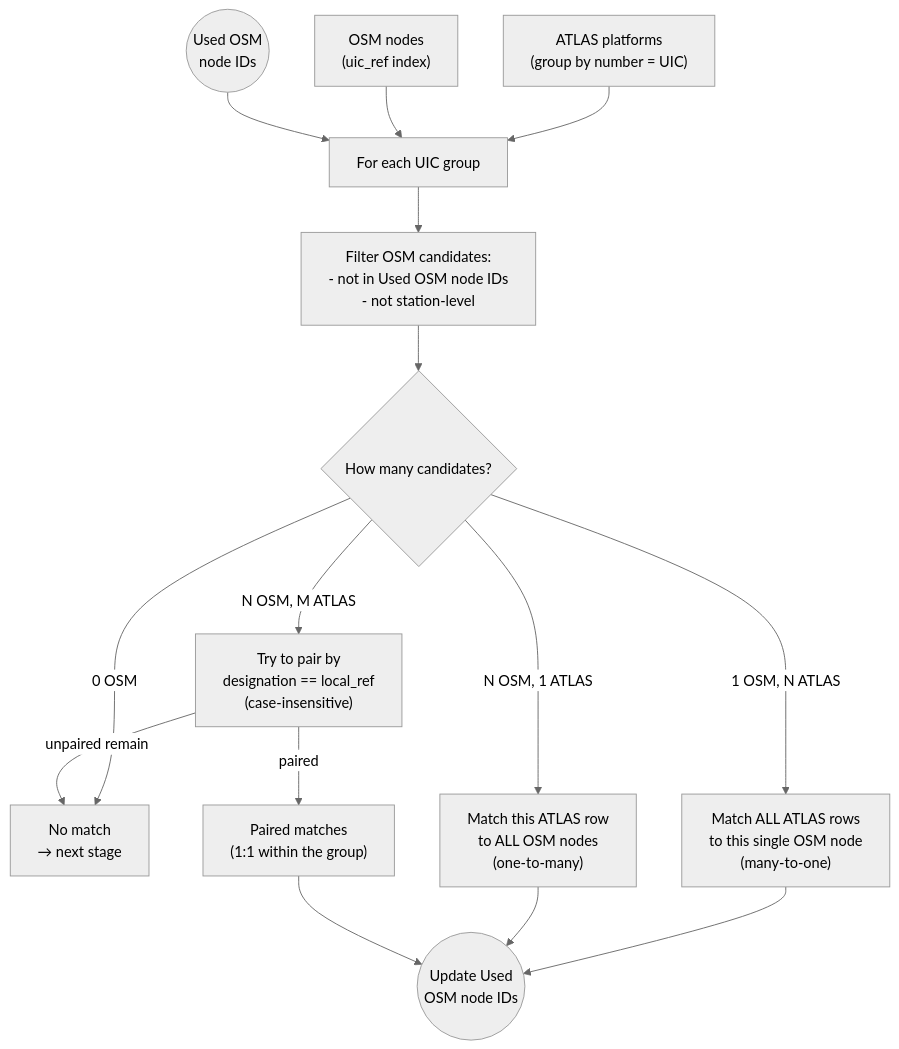
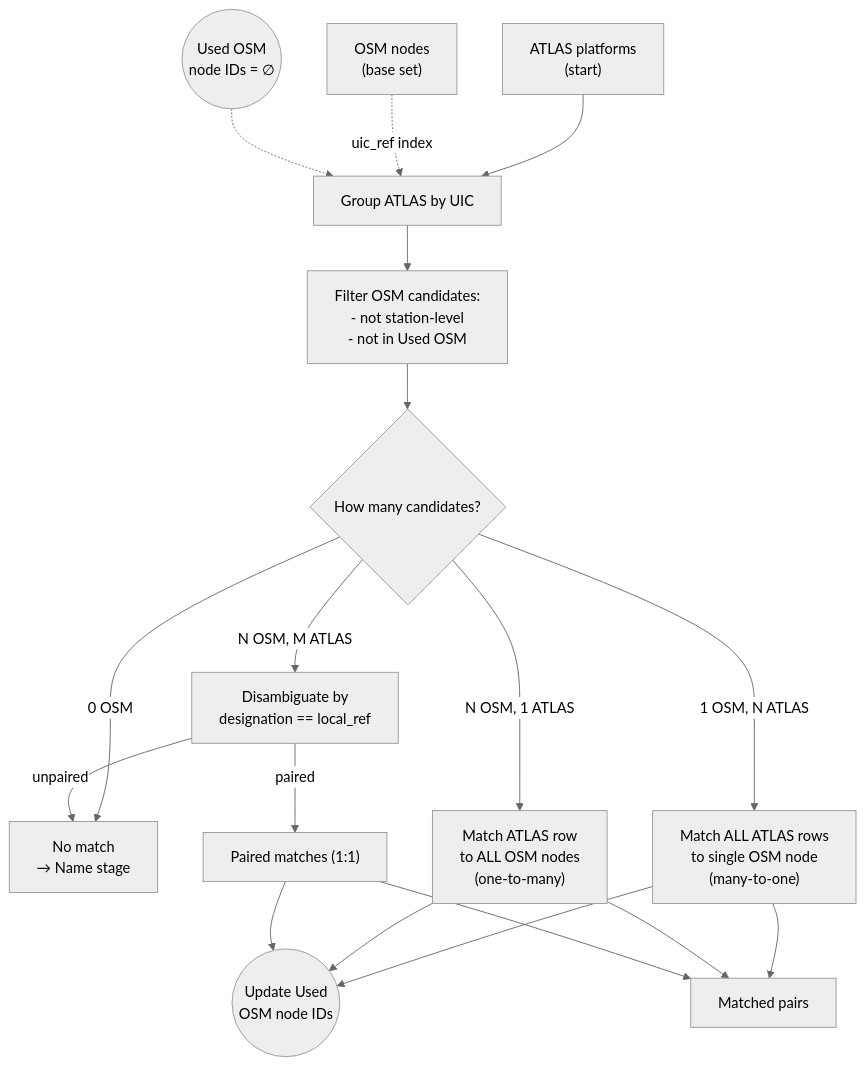
Before and after one commit to openTdataCH/stop_sync_osm_atlas: the diagram in documentation/2.1 Exact matching.md, drawn with Mermaid (neutral theme). The commit also changed other lines of this file and 11 other files, not shown here.

````diff
--- a/documentation/2.1 Exact matching.md
+++ b/documentation/2.1 Exact matching.md
@@ -5,21 +5,30 @@
 ```mermaid
 flowchart TB
-    A["ATLAS platforms<br/>(group by number = UIC)"] --> G
-    B["OSM nodes<br/>(uic_ref index)"] --> G
-    U(("Used OSM<br/>node IDs")) --> G
+    %% ===== INPUTS (first stage) =====
+    IN["ATLAS platforms<br/>(start)"]
+    OSM["OSM nodes<br/>(base set)"]
+    U(("Used OSM<br/>node IDs = ∅"))
 
-    G["For each UIC group"] --> F["Filter OSM candidates:<br/>- not in Used OSM node IDs<br/>- not station-level"]
+    IN --> G["Group ATLAS by UIC"]
+    OSM -.-> |"uic_ref index"| G
+    U -.-> G
+
+    G --> F["Filter OSM candidates:<br/>- not station-level<br/>- not in Used OSM"]
     F --> C{"How many candidates?"}
 
-    C -->|0 OSM| X["No match<br/>→ next stage"]
-    C -->|1 OSM, N ATLAS| M1["Match ALL ATLAS rows<br/>to this single OSM node<br/>(many-to-one)"]
-    C -->|N OSM, 1 ATLAS| M2["Match this ATLAS row<br/>to ALL OSM nodes<br/>(one-to-many)"]
-    C -->|N OSM, M ATLAS| D["Try to pair by<br/>designation == local_ref<br/>(case-insensitive)"]
+    C -->|0 OSM| X["No match<br/>→ Name stage"]
+    C -->|1 OSM, N ATLAS| M1["Match ALL ATLAS rows<br/>to single OSM node<br/>(many-to-one)"]
+    C -->|N OSM, 1 ATLAS| M2["Match ATLAS row<br/>to ALL OSM nodes<br/>(one-to-many)"]
+    C -->|N OSM, M ATLAS| D["Disambiguate by<br/>designation == local_ref"]
 
-    D -->|paired| M3["Paired matches<br/>(1:1 within the group)"]
-    D -->|unpaired remain| X
+    D -->|paired| M3["Paired matches (1:1)"]
+    D -->|unpaired| X
 
     M1 --> U2(("Update Used<br/>OSM node IDs"))
     M2 --> U2
     M3 --> U2
+
+    M1 --> OUT["Matched pairs"]
+    M2 --> OUT
+    M3 --> OUT
 ```
````
